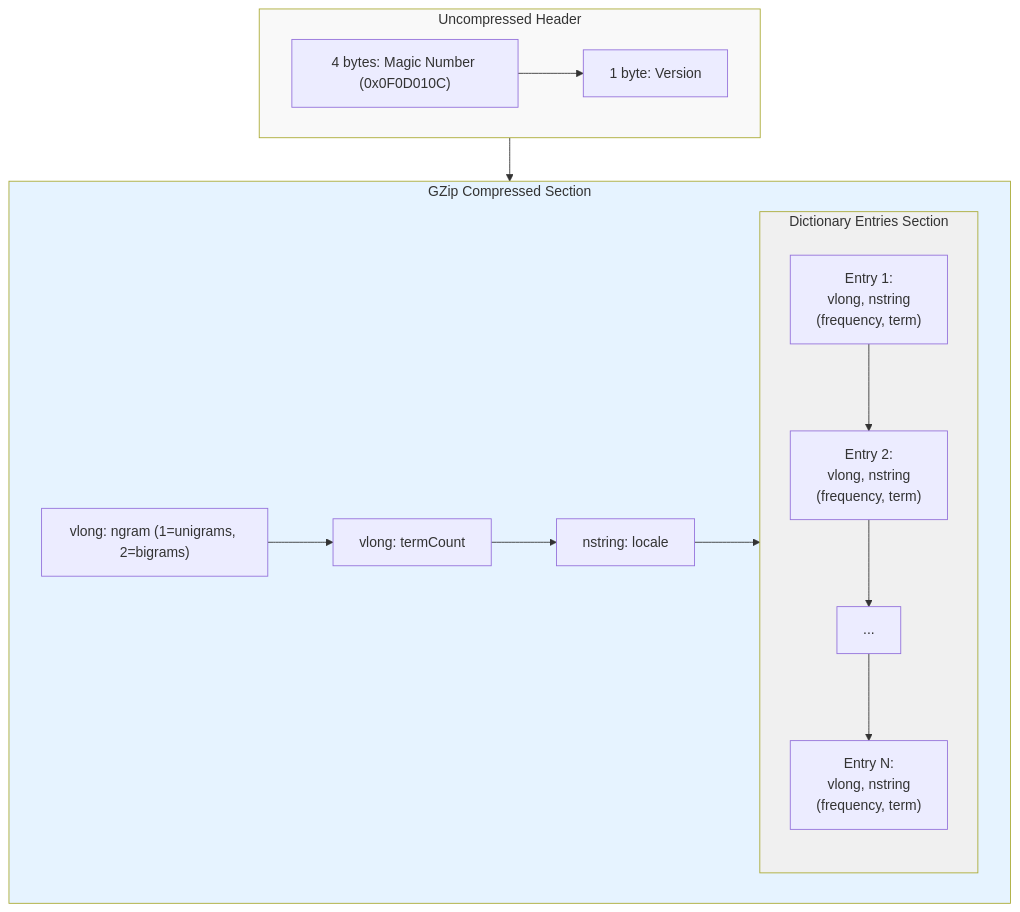
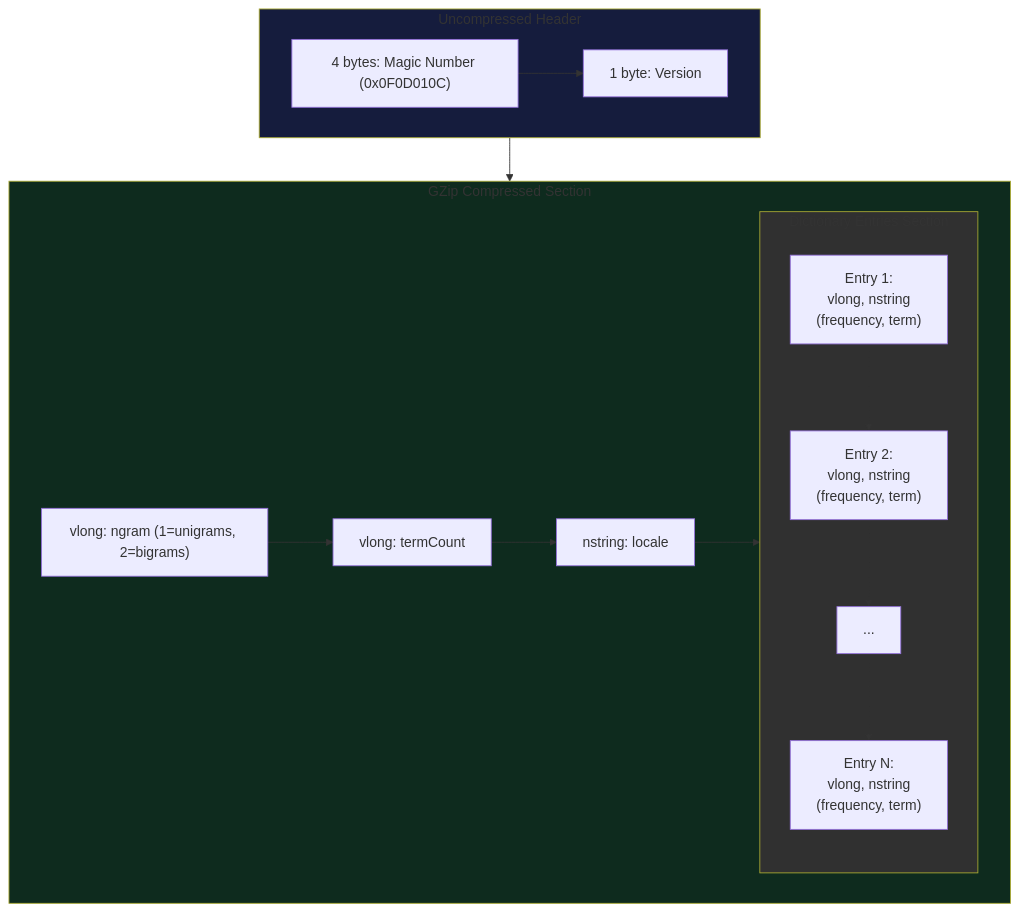
One commit to Wavesonics/SymSpellKt changed the first of 2 diagrams in Fdic/README.md. Above: the diagram before and after it, drawn with Mermaid. The commit also changed other lines of this file and 1 other file, not shown here.

````diff
--- a/Fdic/README.md
+++ b/Fdic/README.md
@@ -61,32 +75,32 @@
 ```mermaid
 flowchart TD
     subgraph header[Uncompressed Header]
         magic["4 bytes: Magic Number (0x0F0D010C)"]
         version["1 byte: Version"]
         magic --> version
     end
     
     subgraph compressed[GZip Compressed Section]
         meta_ngram["vlong: ngram (1=unigrams, 2=bigrams)"]
         meta_count["vlong: termCount"]
         meta_locale["nstring: locale"]
         
         subgraph entries[Dictionary Entries Section]
             direction TB
             entry1["Entry 1:<br />vlong,  nstring<br />(frequency, term)"]
             entry2["Entry 2:<br />vlong,  nstring<br />(frequency, term)"]
             entry3["..."]
             entryN["Entry N:<br />vlong,  nstring<br />(frequency, term)"]
             
             entry1 --> entry2 --> entry3 --> entryN
         end
         
         meta_ngram --> meta_count --> meta_locale --> entries
     end
     
     header --> compressed
 
-    style header fill:#f9f9f9
-    style compressed fill:#e6f3ff
-    style entries fill:#f0f0f0
+    style header fill:#151c3d
+    style compressed fill:#0e2b1e
+    style entries fill:#303030
 ```
````
